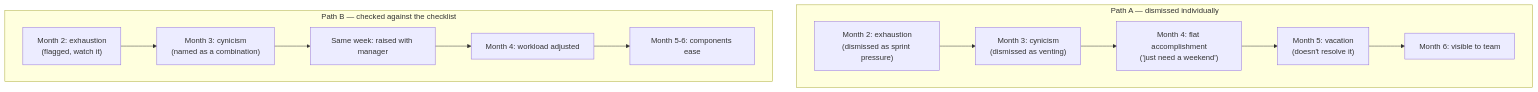
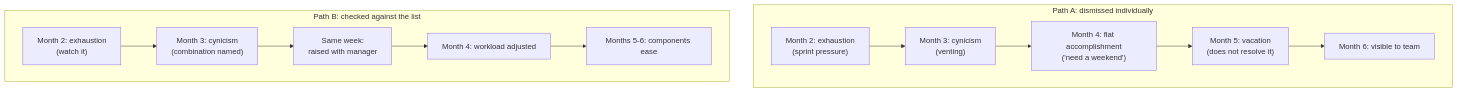
Before and after one commit to francoandreDev/knowledge: the first of 2 diagrams in src/content/sustainable-performance/early-warning-signs/L3-deep-dive.mdx, drawn with Mermaid. The commit also changed other lines of this file and 17 other files, not shown here.

````diff
--- a/src/content/sustainable-performance/early-warning-signs/L3-deep-dive.mdx
+++ b/src/content/sustainable-performance/early-warning-signs/L3-deep-dive.mdx
@@ -74,9 +95,9 @@
 ```mermaid
 flowchart TD
-    subgraph A["Path A — dismissed individually"]
-        A2["Month 2: exhaustion\n(dismissed as sprint pressure)"] --> A3["Month 3: cynicism\n(dismissed as venting)"] --> A4["Month 4: flat accomplishment\n('just need a weekend')"] --> A5["Month 5: vacation\n(doesn't resolve it)"] --> A6["Month 6: visible to team"]
+    subgraph A["Path A: dismissed individually"]
+        A2["Month 2: exhaustion\n(sprint pressure)"] --> A3["Month 3: cynicism\n(venting)"] --> A4["Month 4: flat accomplishment\n('need a weekend')"] --> A5["Month 5: vacation\n(does not resolve it)"] --> A6["Month 6: visible to team"]
     end
-    subgraph B["Path B — checked against the checklist"]
-        B2["Month 2: exhaustion\n(flagged, watch it)"] --> B3["Month 3: cynicism\n(named as a combination)"] --> B3b["Same week: raised with manager"] --> B4["Month 4: workload adjusted"] --> B56["Month 5-6: components ease"]
+    subgraph B["Path B: checked against the list"]
+        B2["Month 2: exhaustion\n(watch it)"] --> B3["Month 3: cynicism\n(combination named)"] --> B3b["Same week:\nraised with manager"] --> B4["Month 4: workload adjusted"] --> B56["Months 5-6: components ease"]
     end
 ```
````
